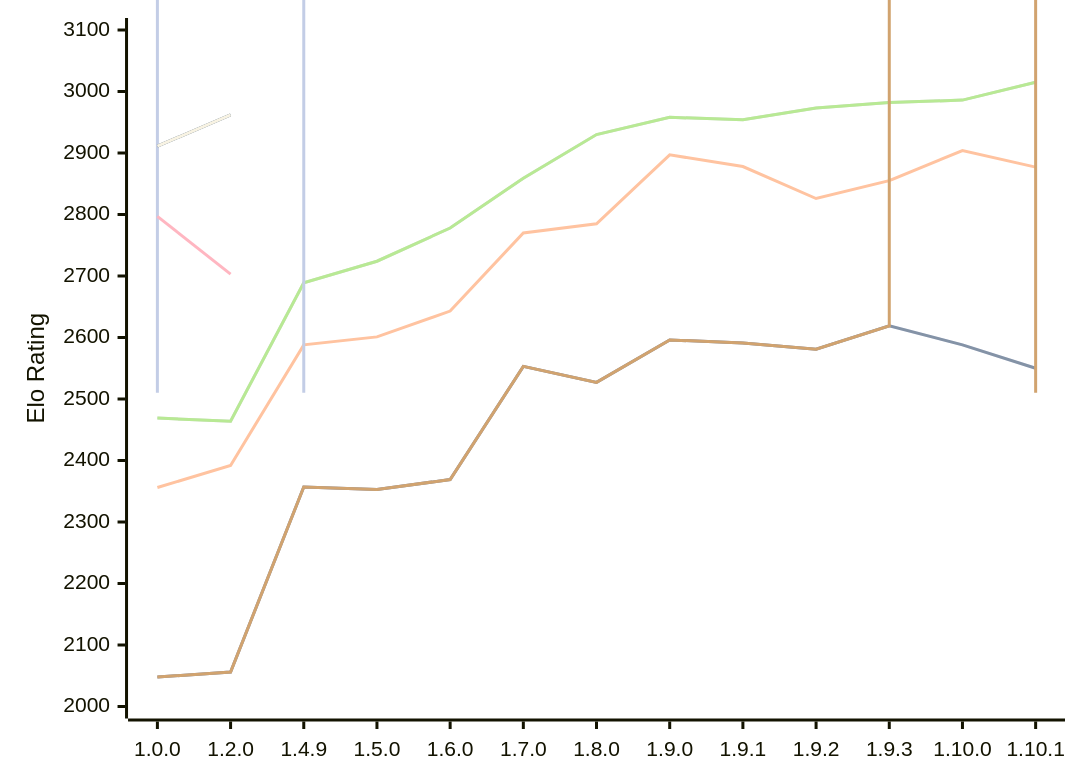
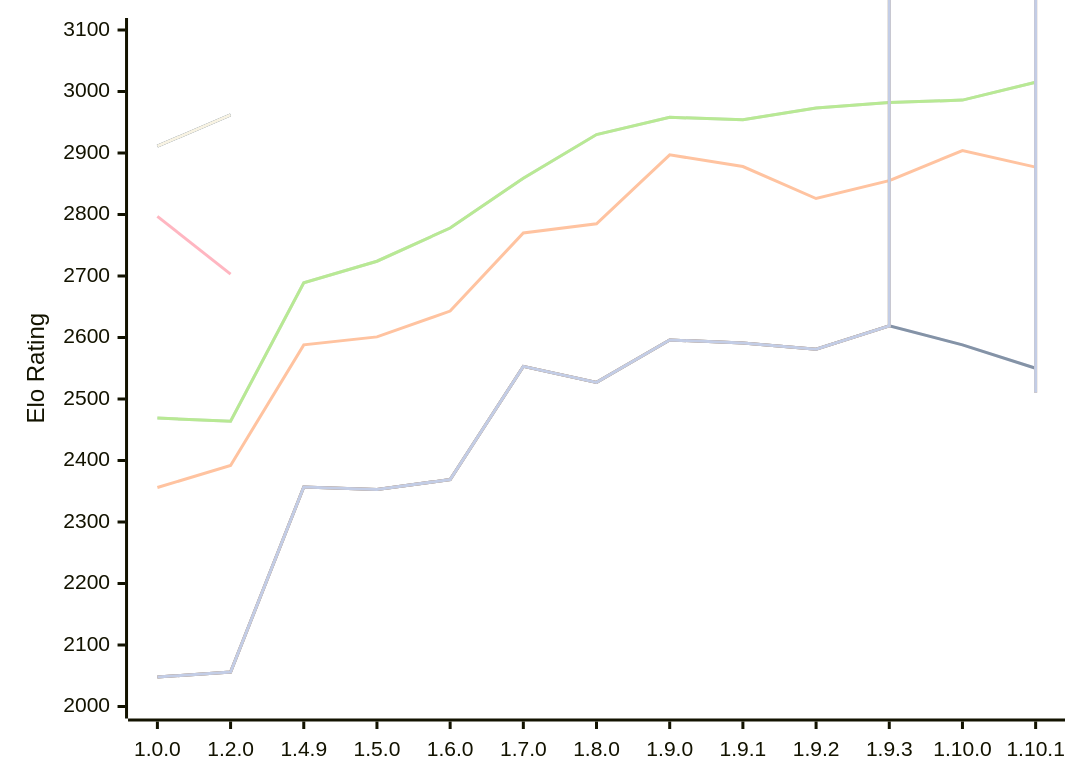
One commit to computer-chess-index/cci changed the diagram in engines/Basilisk.md. Above: the diagram before and after it, drawn with Mermaid. The commit also changed other lines of this file, not shown here.

Commit message:
Update CCI Ratings (ELO VLTC) - 2026-10-10

````diff
--- a/engines/Basilisk.md
+++ b/engines/Basilisk.md
@@ -60,16 +60,16 @@
 ```mermaid
 %%{init: {"theme":"base","themeVariables":{"seriesColors:['#a3a3a3','#222221','#faa371']}}}%%
 xychart-beta
   x-axis ["1.0.0", "1.2.0", "1.4.9", "1.5.0", "1.6.0", "1.7.0", "1.8.0", "1.9.0", "1.9.1", "1.9.2", "1.9.3", "1.10.0", "1.10.1"]
   y-axis "Elo Rating" 2000 --> 3100
   line "" [2048, 2056, 2357, 2353, 2369, 2553, 2527, 2596, 2591, 2581, 2619, 2588, 2550]
   line "T1: STC (8.0+0.08s)" [2048, 2056, 2357, 2353, 2369, 2553, 2527, 2596, 2591, 2581, 2619, 2588, 2550]
   line "T1: LTC (60.0+0.60s)" [2356, 2392, 2588, 2601, 2643, 2770, 2785, 2897, 2878, 2826, 2855, 2904, 2877]
   line "" [2469, 2464, 2689, 2724, 2778, 2859, 2930, 2958, 2954, 2973, 2982, 2986, 3015]
   line "T1: VLTC (2m24s+1.12s)" [2469, 2464, 2689, 2724, 2778, 2859, 2930, 2958, 2954, 2973, 2982, 2986, 3015]
   line "" [2048, 2056, 2357, 2353, 2369, 2553, 2527, 2596, 2591, 2581, 2619, 25882510, 2510]
-  line "E1: STC (8.0+0.08s)" [2510, 25102510, 2510]
+  line "E1: STC (8.0+0.08s)" [2048, 2056, 2357, 2353, 2369, 2553, 2527, 2596, 2591, 2581, 2619, 25882510, 2510]
   line "E1: LTC (60.0+0.60s)" [2797, 2703]
   line "" [2911, 2962]
   line "E1: VLTC (2m24s+1.12s)" [2911, 2962]
 ```
````
